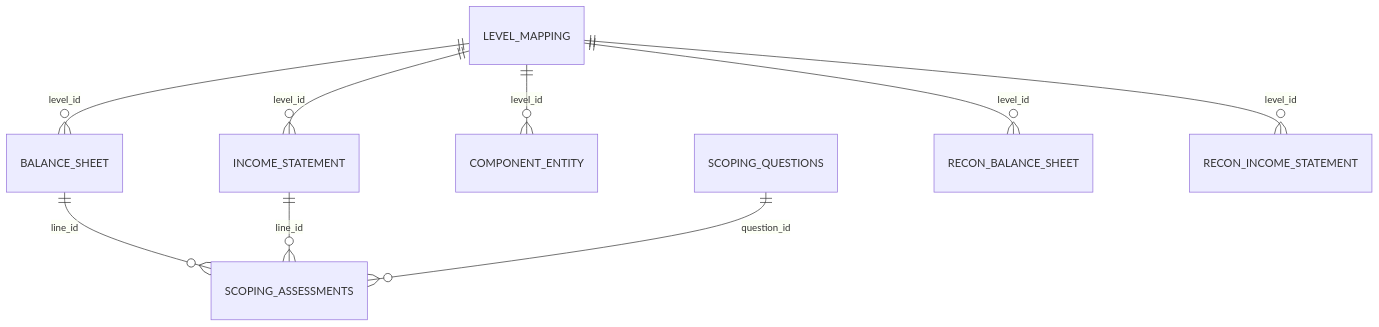
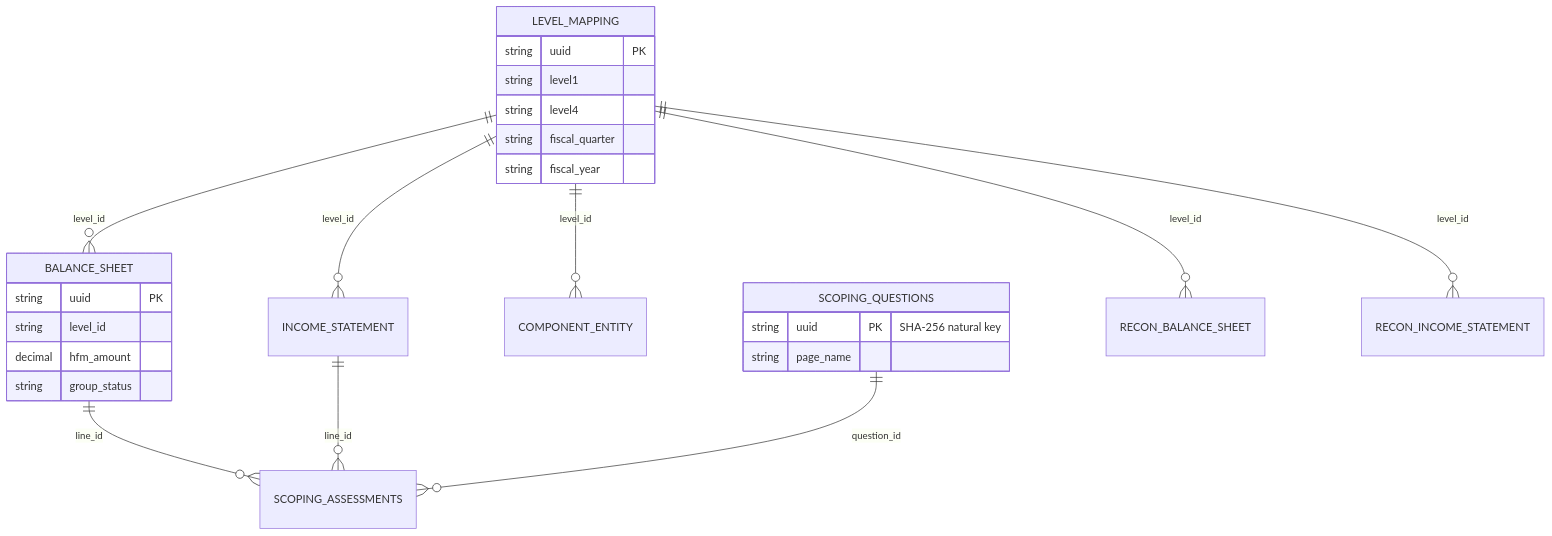
The third of 6 diagrams in final_java_ai/prep/34_er_tables_tech_why.md (TM-DEV-PRO/final-resume), drawn with Mermaid before and after one commit. The commit also changed other lines of this file and 617 other files, not shown here.

````diff
--- a/final_java_ai/prep/34_er_tables_tech_why.md
+++ b/final_java_ai/prep/34_er_tables_tech_why.md
@@ -152,11 +278,28 @@
 ```mermaid
 erDiagram
   LEVEL_MAPPING ||--o{ BALANCE_SHEET : "level_id"
   LEVEL_MAPPING ||--o{ INCOME_STATEMENT : "level_id"
   LEVEL_MAPPING ||--o{ COMPONENT_ENTITY : "level_id"
   BALANCE_SHEET ||--o{ SCOPING_ASSESSMENTS : "line_id"
   INCOME_STATEMENT ||--o{ SCOPING_ASSESSMENTS : "line_id"
   SCOPING_QUESTIONS ||--o{ SCOPING_ASSESSMENTS : "question_id"
   LEVEL_MAPPING ||--o{ RECON_BALANCE_SHEET : "level_id"
   LEVEL_MAPPING ||--o{ RECON_INCOME_STATEMENT : "level_id"
+  LEVEL_MAPPING {
+    string uuid PK
+    string level1
+    string level4
+    string fiscal_quarter
+    string fiscal_year
+  }
+  BALANCE_SHEET {
+    string uuid PK
+    string level_id
+    decimal hfm_amount
+    string group_status
+  }
+  SCOPING_QUESTIONS {
+    string uuid PK "SHA-256 natural key"
+    string page_name
+  }
 ```
````
